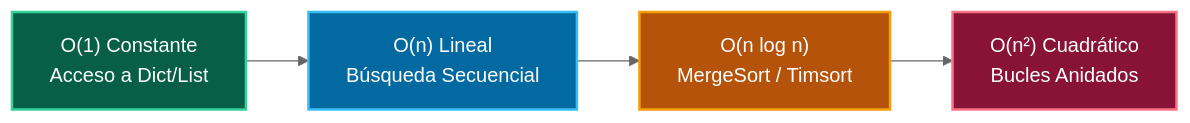
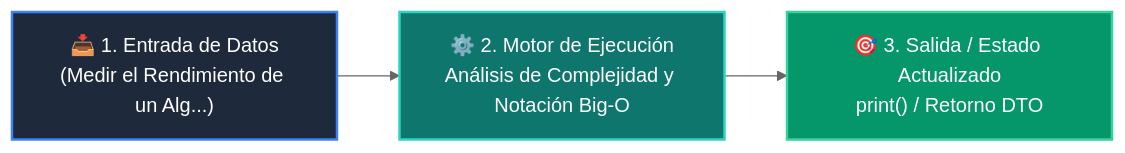
The diagram in 02-algoritmos-estructuras/clase-01-analisis-complejidad-big-o/README.md (wisrovi/wisrovi-python), drawn with Mermaid (neutral theme) before and after one commit. The commit also changed other lines of this file and 54 other files, not shown here.

Commit message:
refactor: clean repository root by moving maintenance scripts to scripts/ and restore rich high-contrast Mermaid diagrams for all classes and examples

````diff
--- a/02-algoritmos-estructuras/clase-01-analisis-complejidad-big-o/README.md
+++ b/02-algoritmos-estructuras/clase-01-analisis-complejidad-big-o/README.md
@@ -12,11 +12,9 @@
 ```mermaid
 flowchart LR
-    O1["O(1) Constante<br/>Acceso a Dict/List"] --> ON["O(n) Lineal<br/>Búsqueda Secuencial"]
-    ON --> OLOGN["O(n log n)<br/>MergeSort / Timsort"]
-    OLOGN --> ON2["O(n²) Cuadrático<br/>Bucles Anidados"]
+    A["📥 1. Entrada de Datos<br/>(Medir el Rendimiento de un Alg...)"] --> B["⚙️ 2. Motor de Ejecución<br/>Análisis de Complejidad y Notación Big-O"]
+    B --> C["🎯 3. Salida / Estado Actualizado<br/>print() / Retorno DTO"]
 
-    style O1 fill:#065f46,color:#fff,stroke:#34d399,stroke-width:2px
-    style ON fill:#0369a1,color:#fff,stroke:#38bdf8,stroke-width:2px
-    style OLOGN fill:#b45309,color:#fff,stroke:#f59e0b,stroke-width:2px
-    style ON2 fill:#881337,color:#fff,stroke:#fb7185,stroke-width:2px
+    style A fill:#1e293b,color:#ffffff,stroke:#3b82f6,stroke-width:2px
+    style B fill:#0f766e,color:#ffffff,stroke:#2dd4bf,stroke-width:2px
+    style C fill:#059669,color:#ffffff,stroke:#34d399,stroke-width:2px
 ```
````
